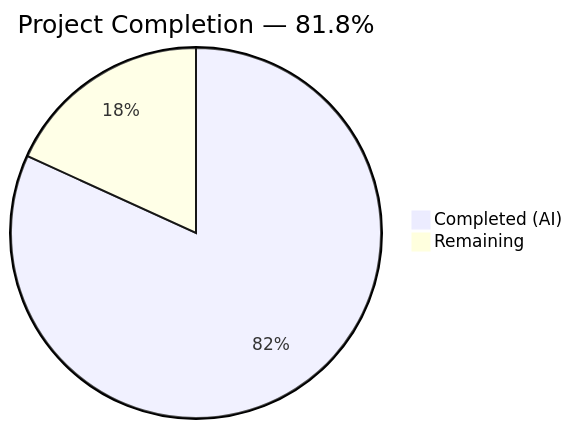
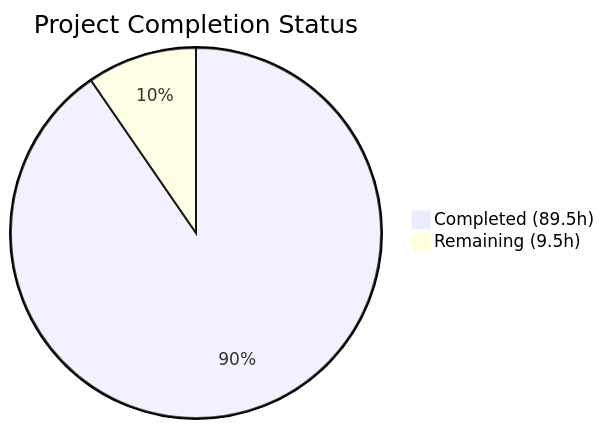
Before and after one commit to shaliniblitzy/6thaprilone: the first of 2 diagrams in blitzy/documentation/Project Guide.md, drawn with Mermaid. The commit also changed other lines of this file, not shown here.

Commit message:
Adding Blitzy Project Guide: Project Status and Human Tasks Remaining

````diff
--- a/blitzy/documentation/Project Guide.md
+++ b/blitzy/documentation/Project Guide.md
@@ -13,5 +13,5 @@
 ```mermaid
-pie title Project Completion — 81.8%
-    "Completed (AI)" : 54
-    "Remaining" : 12
+pie title Project Completion Status
+    "Completed (89.5h)" : 89.5
+    "Remaining (9.5h)" : 9.5
 ```
````
